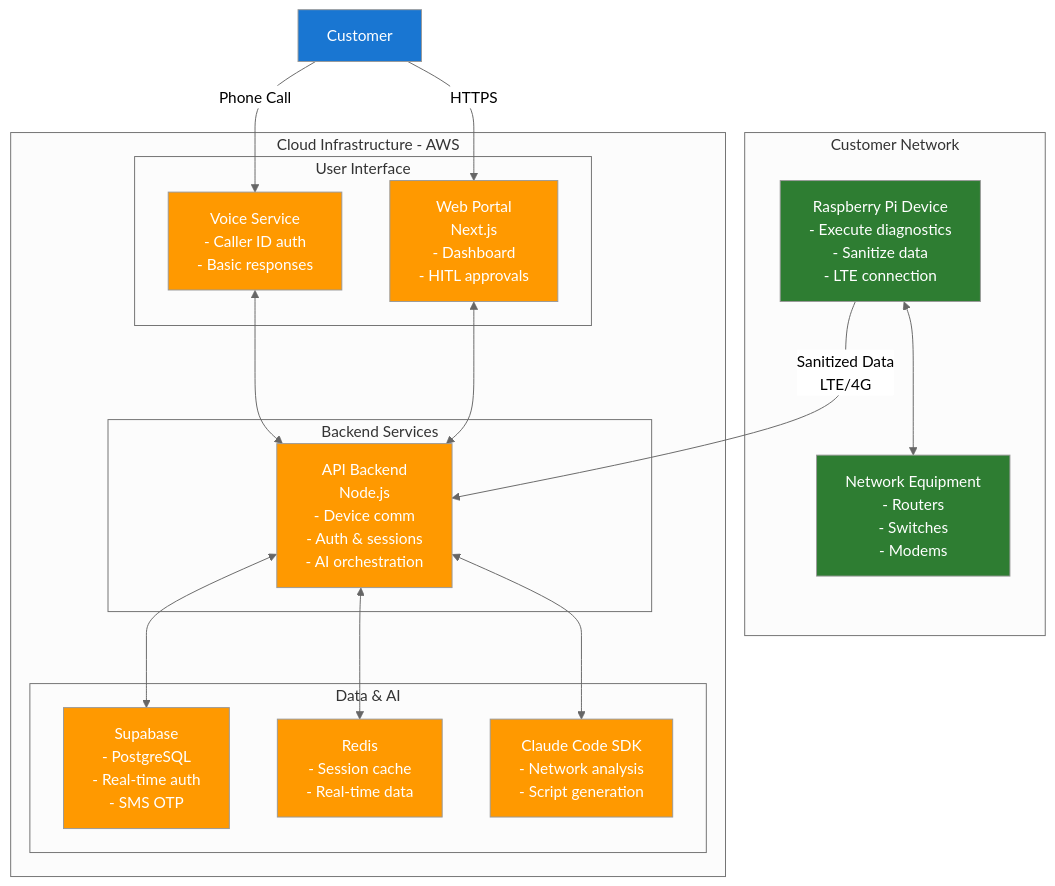
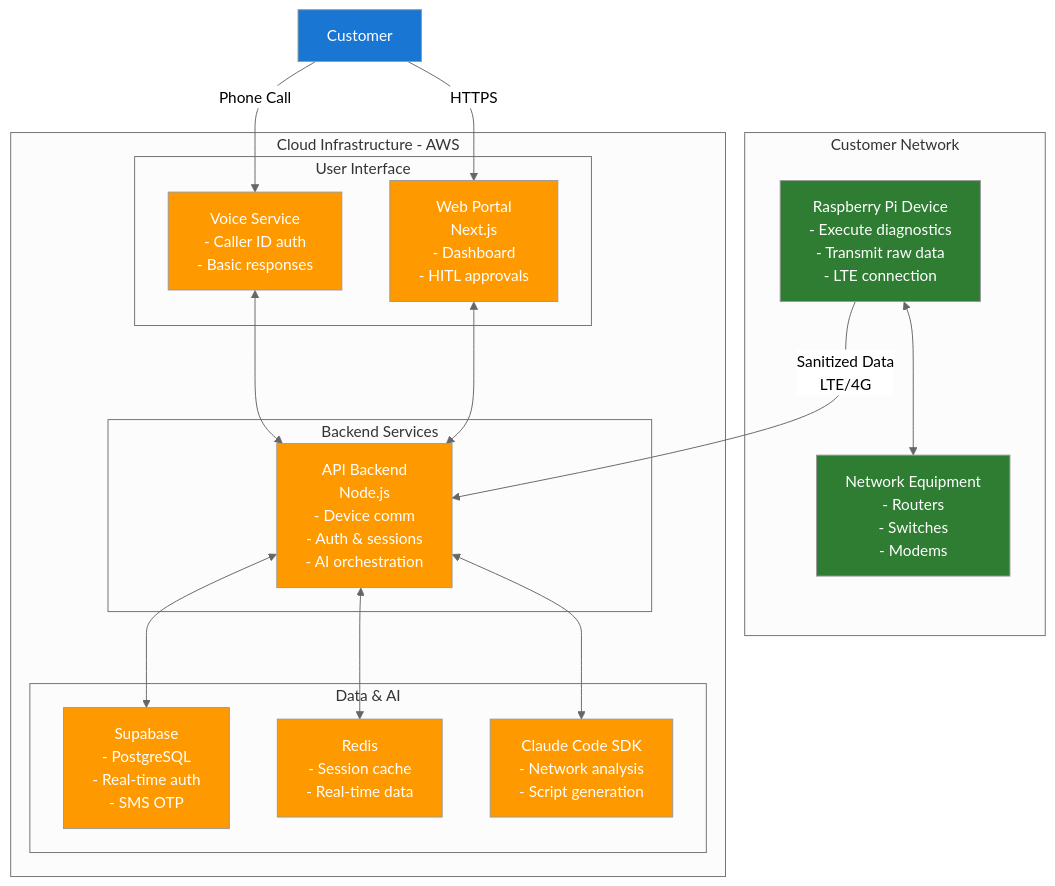
One commit to hakin19/zen-support changed the diagram in docs/architecture.md. Above: the diagram before and after it, drawn with Mermaid (neutral theme). The commit also changed other lines of this file and 4 other files, not shown here.

First line of the commit message:
Major documentation updates: Architecture refinement and implementation planning

````diff
--- a/docs/architecture.md
+++ b/docs/architecture.md
@@ -281,43 +281,43 @@
 ```mermaid
 graph TB
     subgraph "Customer Network"
-        RPI[Raspberry Pi Device<br/>- Execute diagnostics<br/>- Sanitize data<br/>- LTE connection]
+        RPI[Raspberry Pi Device<br/>- Execute diagnostics<br/>- Transmit raw data<br/>- LTE connection]
         NET[Network Equipment<br/>- Routers<br/>- Switches<br/>- Modems]
         RPI <--> NET
     end
     
     subgraph "Cloud Infrastructure - AWS"
         subgraph "User Interface"
             WEB[Web Portal<br/>Next.js<br/>- Dashboard<br/>- HITL approvals]
             VOICE[Voice Service<br/>- Caller ID auth<br/>- Basic responses]
         end
         
         subgraph "Backend Services"
             API[API Backend<br/>Node.js<br/>- Device comm<br/>- Auth & sessions<br/>- AI orchestration]
         end
         
         subgraph "Data & AI"
             SUPA[Supabase<br/>- PostgreSQL<br/>- Real-time auth<br/>- SMS OTP]
             REDIS[Redis<br/>- Session cache<br/>- Real-time data]
             CLAUDE[Claude Code SDK<br/>- Network analysis<br/>- Script generation]
         end
     end
     
     USER[Customer] -->|Phone Call| VOICE
     USER -->|HTTPS| WEB
     RPI -->|Sanitized Data<br/>LTE/4G| API
     
     VOICE <--> API
     WEB <--> API
     API <--> SUPA
     API <--> REDIS
     API <--> CLAUDE
     
     classDef aws fill:#FF9900,color:#fff
     classDef device fill:#2E7D32,color:#fff
     classDef user fill:#1976D2,color:#fff
     
     class API,WEB,VOICE,SUPA,REDIS,CLAUDE aws
     class RPI,NET device
     class USER user
 ```
````
